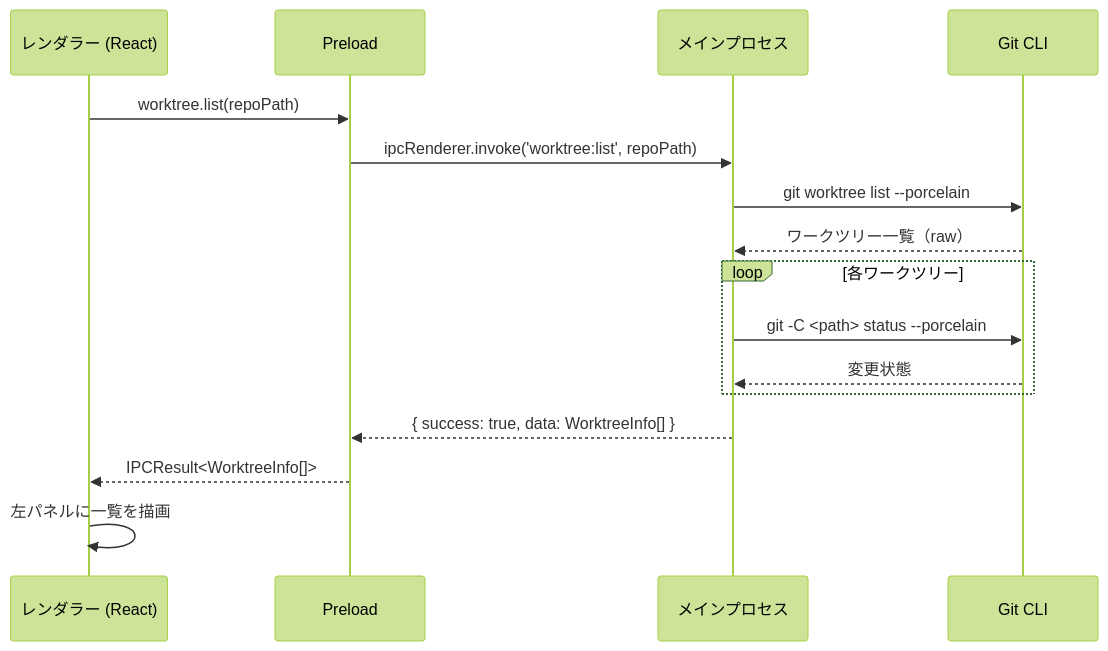
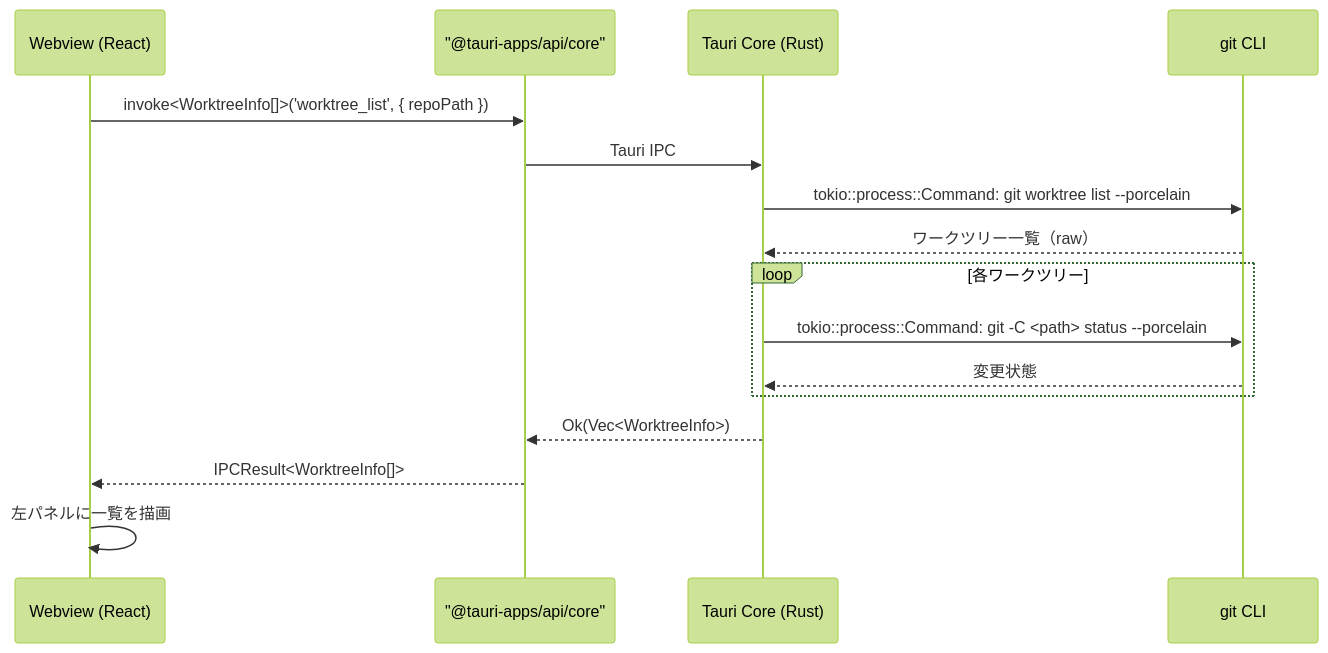
One commit to ToshikiImagawa/Buruma changed the first of 4 diagrams in .sdd/specification/worktree-management_spec.md. Above: the diagram before and after it, drawn with Mermaid (forest theme). The commit also changed other lines of this file and 7 other files, not shown here.

````diff
--- a/.sdd/specification/worktree-management_spec.md
+++ b/.sdd/specification/worktree-management_spec.md
@@ -240,19 +247,19 @@
 ```mermaid
 sequenceDiagram
-    participant Renderer as レンダラー (React)
-    participant Preload as Preload
-    participant Main as メインプロセス
-    participant Git as Git CLI
+    participant Webview as Webview (React)
+    participant Invoke as "@tauri-apps/api/core"
+    participant Core as Tauri Core (Rust)
+    participant Git as git CLI
 
-    Renderer ->> Preload: worktree.list(repoPath)
-    Preload ->> Main: ipcRenderer.invoke('worktree:list', repoPath)
-    Main ->> Git: git worktree list --porcelain
-    Git -->> Main: ワークツリー一覧（raw）
+    Webview ->> Invoke: invoke<WorktreeInfo[]>('worktree_list', { repoPath })
+    Invoke ->> Core: Tauri IPC
+    Core ->> Git: tokio::process::Command: git worktree list --porcelain
+    Git -->> Core: ワークツリー一覧（raw）
     loop 各ワークツリー
-        Main ->> Git: git -C <path> status --porcelain
-        Git -->> Main: 変更状態
+        Core ->> Git: tokio::process::Command: git -C <path> status --porcelain
+        Git -->> Core: 変更状態
     end
-    Main -->> Preload: { success: true, data: WorktreeInfo[] }
-    Preload -->> Renderer: IPCResult<WorktreeInfo[]>
-    Renderer ->> Renderer: 左パネルに一覧を描画
+    Core -->> Invoke: Ok(Vec<WorktreeInfo>)
+    Invoke -->> Webview: IPCResult<WorktreeInfo[]>
+    Webview ->> Webview: 左パネルに一覧を描画
 ```
````
